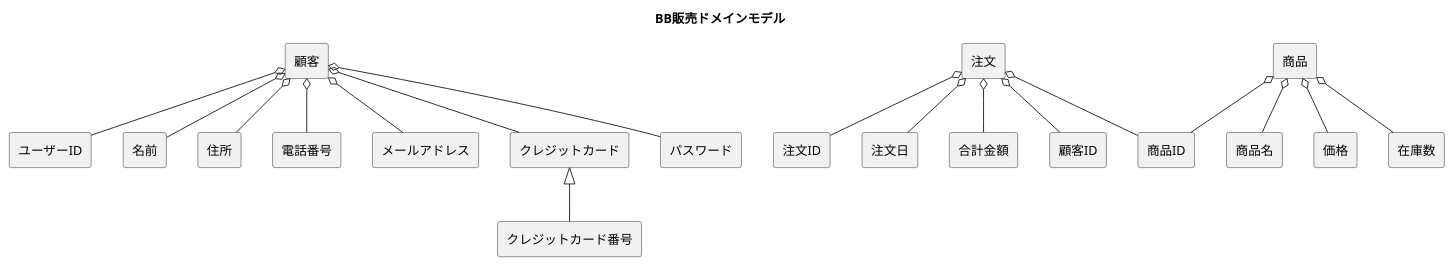
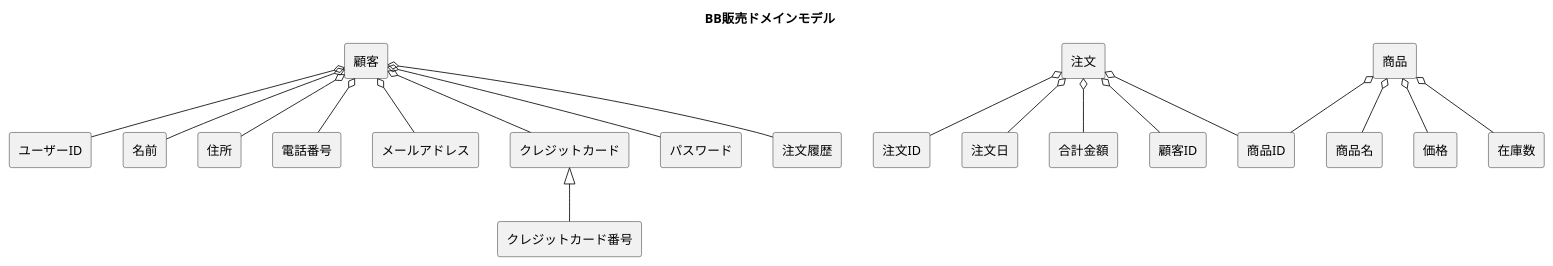
One commit to FujikawaHirono0520/group3_1_dogdog changed the diagram in BB/domain.pu. Above: the diagram before and after it, drawn with PlantUML. The commit also changed 2 other files, not shown here.

```diff
--- a/BB/domain.pu
+++ b/BB/domain.pu
@@ -1,27 +1,28 @@
 @startuml
 
 title BB販売ドメインモデル
 skinparam componentStyle rectangle
 [顧客] o-- [ユーザーID]
 [顧客] o-- [名前]
 [顧客] o-- [住所]
 [顧客] o-- [電話番号]
 [顧客] o-- [メールアドレス]
 [顧客] o-- [クレジットカード]
 [顧客] o-- [パスワード]
+[顧客] o-- [注文履歴]
 
 [クレジットカード]<|-- [クレジットカード番号]
 
 [注文] o-- [注文ID]
 [注文] o-- [注文日]
 [注文] o-- [合計金額]
 [注文] o-- [顧客ID]
 [注文] o-- [商品ID]
 
 [商品] o-- [商品ID]
 [商品] o-- [商品名]
 [商品] o-- [価格]
 [商品] o-- [在庫数]
 
 
 @enduml
```
